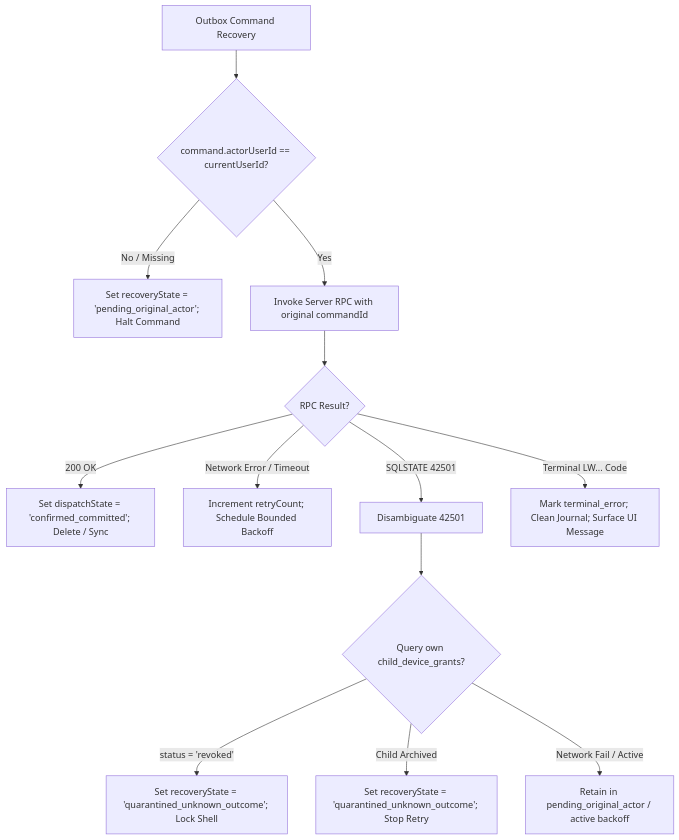
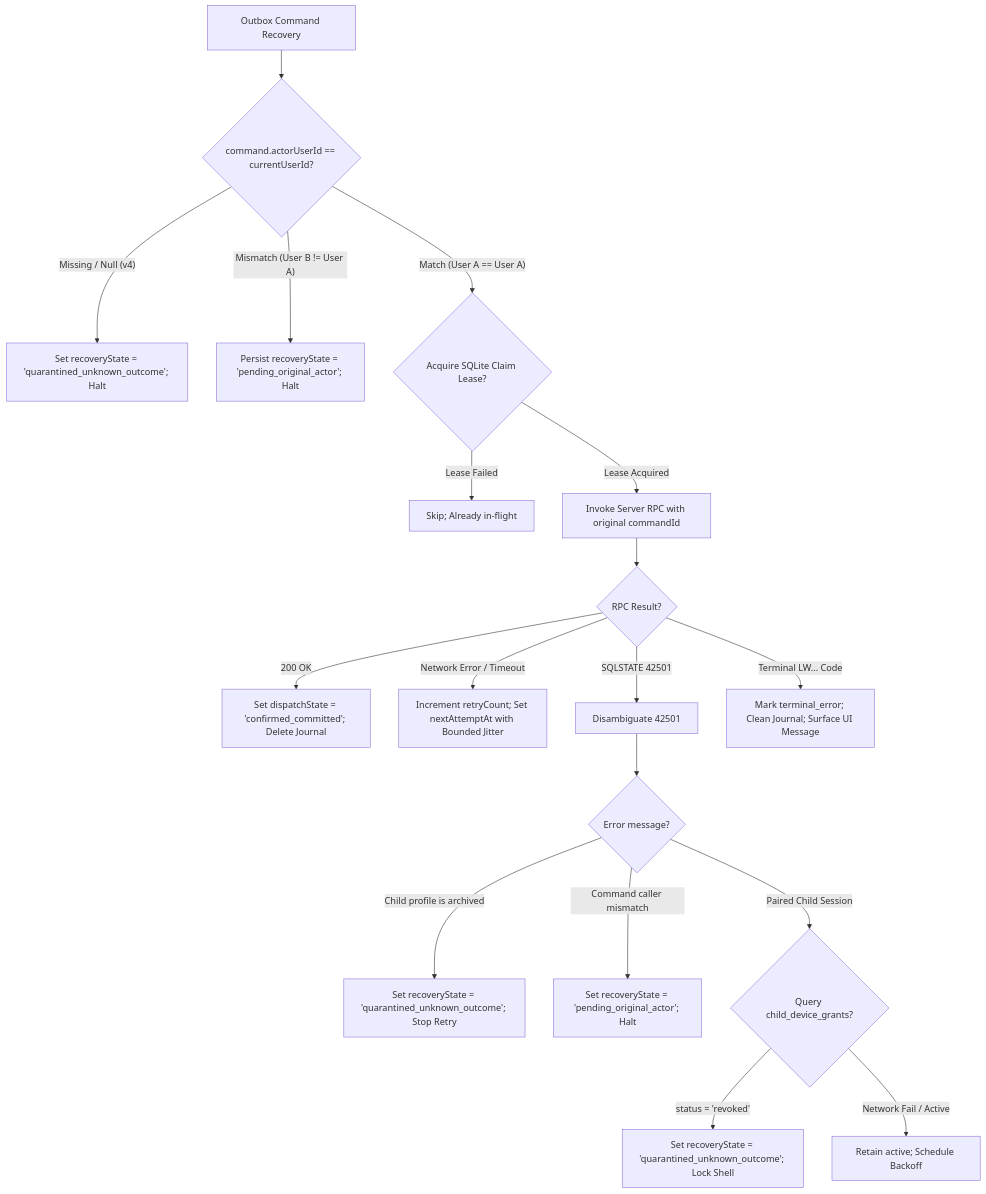
One commit to thedusk4203/LearnWard changed the second of 3 diagrams in docs/18-phase-6-actor-aware-offline-recovery-readiness-review.md. Above: the diagram before and after it, drawn with Mermaid. The commit also changed other lines of this file and 1 other file, not shown here.

Commit message:
docs(phase-6): correct Drift v5 freeze errata and refine Slice 4A recovery readiness review

````diff
--- a/docs/18-phase-6-actor-aware-offline-recovery-readiness-review.md
+++ b/docs/18-phase-6-actor-aware-offline-recovery-readiness-review.md
@@ -79,17 +103,23 @@
 ```mermaid
 flowchart TD
     Start[Outbox Command Recovery] --> CheckActor{command.actorUserId == currentUserId?}
-    CheckActor -- No / Missing --> PauseActor[Set recoveryState = 'pending_original_actor'; Halt Command]
-    CheckActor -- Yes --> DispatchRPC[Invoke Server RPC with original commandId]
+    CheckActor -- Missing / Null (v4) --> QuarantineV4[Set recoveryState = 'quarantined_unknown_outcome'; Halt]
+    CheckActor -- Mismatch (User B != User A) --> PauseActor[Persist recoveryState = 'pending_original_actor'; Halt]
+    CheckActor -- Match (User A == User A) --> CheckLease{Acquire SQLite Claim Lease?}
+    CheckLease -- Lease Failed --> Yield[Skip; Already in-flight]
+    CheckLease -- Lease Acquired --> DispatchRPC[Invoke Server RPC with original commandId]
     
     DispatchRPC --> CheckResult{RPC Result?}
-    CheckResult -- 200 OK --> CommitSuccess[Set dispatchState = 'confirmed_committed'; Delete / Sync]
-    CheckResult -- Network Error / Timeout --> Backoff[Increment retryCount; Schedule Bounded Backoff]
+    CheckResult -- 200 OK --> CommitSuccess[Set dispatchState = 'confirmed_committed'; Delete Journal]
+    CheckResult -- Network Error / Timeout --> Backoff[Increment retryCount; Set nextAttemptAt with Bounded Jitter]
     CheckResult -- SQLSTATE 42501 --> Disambiguate42501[Disambiguate 42501]
     CheckResult -- Terminal LW... Code --> Terminate[Mark terminal_error; Clean Journal; Surface UI Message]
     
-    Disambiguate42501 --> CheckGrant{Query own child_device_grants?}
+    Disambiguate42501 --> CheckMsg{Error message?}
+    CheckMsg -- Child profile is archived --> ChildArchived[Set recoveryState = 'quarantined_unknown_outcome'; Stop Retry]
+    CheckMsg -- Command caller mismatch --> PauseMismatch[Set recoveryState = 'pending_original_actor'; Halt]
+    CheckMsg -- Paired Child Session --> CheckGrant{Query child_device_grants?}
+    
     CheckGrant -- status = 'revoked' --> DeviceRevoked[Set recoveryState = 'quarantined_unknown_outcome'; Lock Shell]
-    CheckGrant -- Child Archived --> ChildArchived[Set recoveryState = 'quarantined_unknown_outcome'; Stop Retry]
-    CheckGrant -- Network Fail / Active --> Pause42501[Retain in pending_original_actor / active backoff]
+    CheckGrant -- Network Fail / Active --> PauseActive[Retain active; Schedule Backoff]
 ```
````
